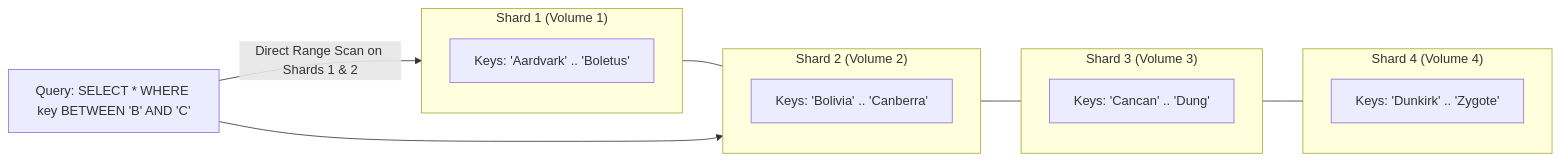
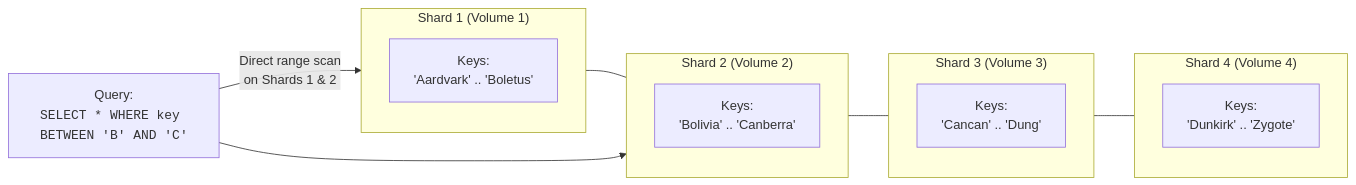
Before and after one commit to 1mimhe/books-summery: the second of 10 diagrams in 01 Designing Data-Intensive Applications/chapter-07-sharding.md, drawn with Mermaid. The commit also changed other lines of this file and 1 other file, not shown here.

````diff
--- a/01 Designing Data-Intensive Applications/chapter-07-sharding.md
+++ b/01 Designing Data-Intensive Applications/chapter-07-sharding.md
@@ -241,20 +195,20 @@
 ```mermaid
 flowchart LR
   subgraph S1["Shard 1 (Volume 1)"]
-    K1["Keys: 'Aardvark' .. 'Boletus'"]
+    K1["Keys:<br/>'Aardvark' .. 'Boletus'"]
   end
   subgraph S2["Shard 2 (Volume 2)"]
-    K2["Keys: 'Bolivia' .. 'Canberra'"]
+    K2["Keys:<br/>'Bolivia' .. 'Canberra'"]
   end
   subgraph S3["Shard 3 (Volume 3)"]
-    K3["Keys: 'Cancan' .. 'Dung'"]
+    K3["Keys:<br/>'Cancan' .. 'Dung'"]
   end
   subgraph S4["Shard 4 (Volume 4)"]
-    K4["Keys: 'Dunkirk' .. 'Zygote'"]
+    K4["Keys:<br/>'Dunkirk' .. 'Zygote'"]
   end
 
   S1 --- S2 --- S3 --- S4
 
-  Q["Query: SELECT * WHERE key BETWEEN 'B' AND 'C'"] -->|"Direct Range Scan on Shards 1 & 2"| S1
+  Q["Query:<br/><code>SELECT * WHERE key BETWEEN 'B' AND 'C'</code>"] -->|"Direct range scan<br/>on Shards 1 & 2"| S1
   Q --> S2
 ```
````
